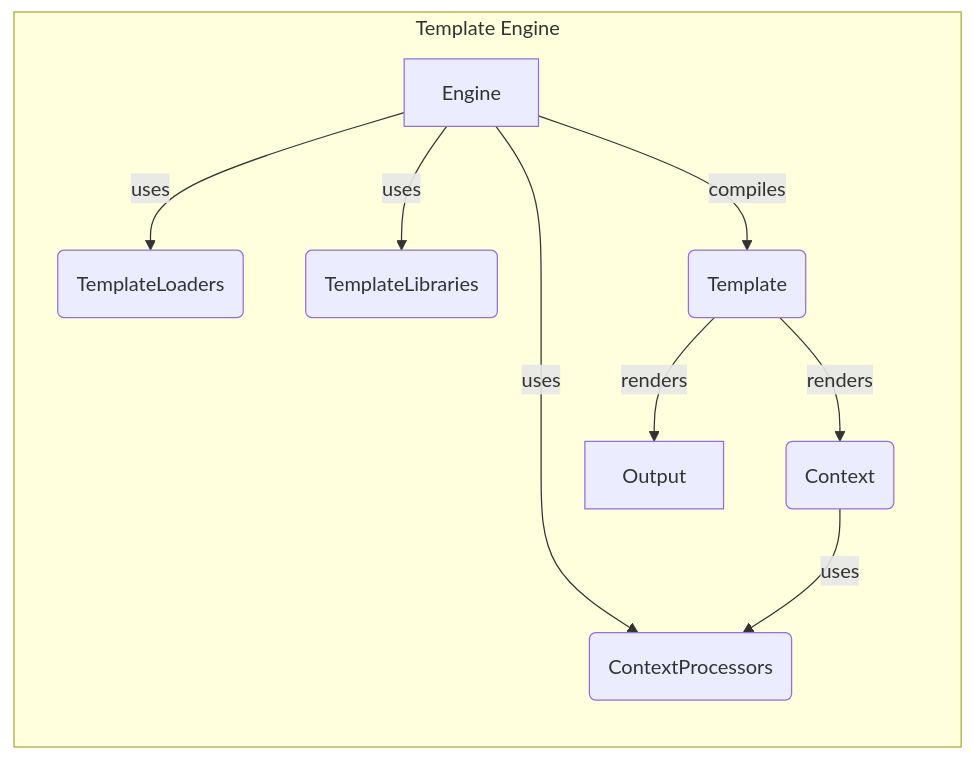
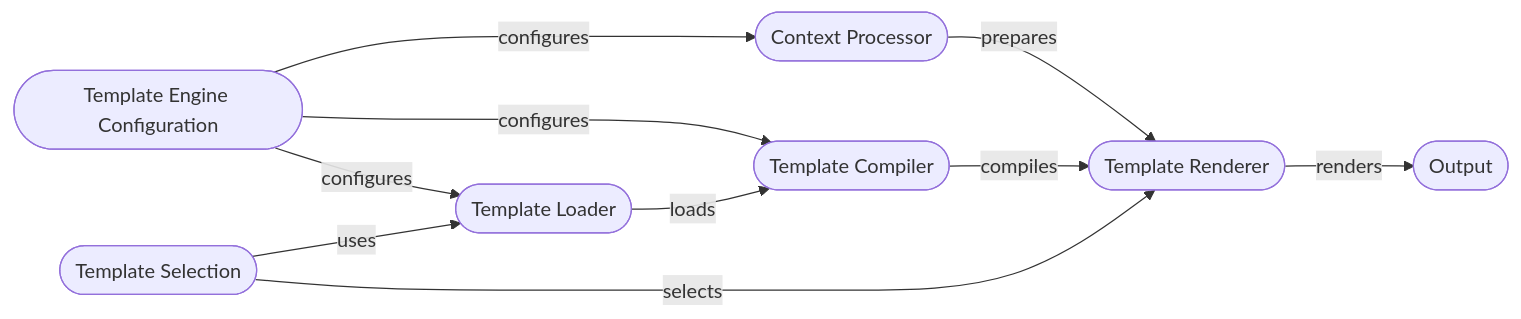
One commit to CodeBoarding/GeneratedOnBoardings changed the diagram in django/Template Engine.md. Above: the diagram before and after it, drawn with Mermaid. The commit also changed other lines of this file and 6 other files, not shown here.

````diff
--- a/django/Template Engine.md
+++ b/django/Template Engine.md
@@ -5,14 +5,23 @@
 ```mermaid
 graph LR
-    subgraph Template Engine
-    A[Engine] -- uses --> B(TemplateLoaders)
-    A -- uses --> C(ContextProcessors)
-    A -- uses --> D(TemplateLibraries)
-    A -- compiles --> E(Template)
-    E -- renders --> F(Context)
-    E -- renders --> G[Output]
-    F -- uses --> C
-    end
+    Config([Template Engine Configuration])
+    Loader([Template Loader])
+    Compiler([Template Compiler])
+    ContextP([Context Processor])
+    TemplateS([Template Selection])
+    Renderer([Template Renderer])
+
+    Config -- configures --> Loader
+    Config -- configures --> ContextP
+    Config -- configures --> Compiler
+    TemplateS -- uses --> Loader
+    Loader -- loads --> Compiler
+    ContextP -- prepares --> Renderer
+    Compiler -- compiles --> Renderer
+    Renderer -- renders --> Output([Output])
+    TemplateS -- selects --> Renderer
+
+
 
 
 ```
````
